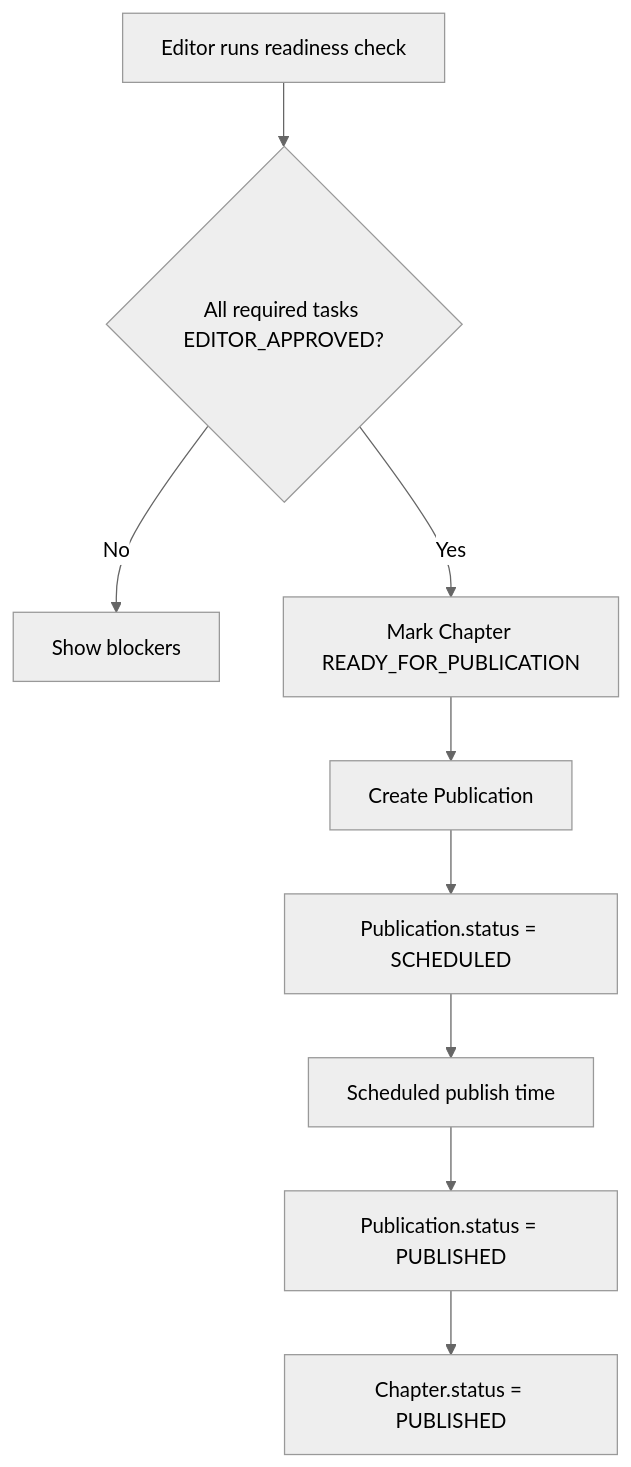
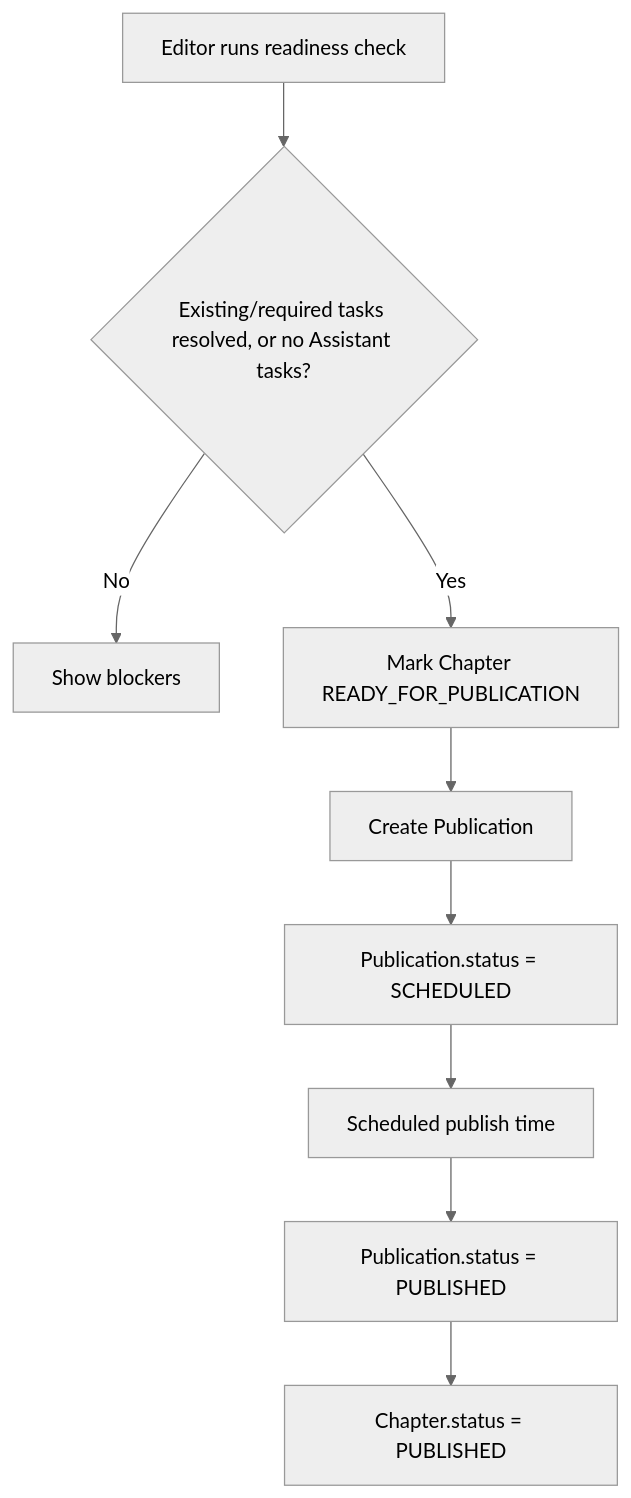
One commit to ntu254/MangaFlow changed the diagram in client/docs/Flow-08.md. Above: the diagram before and after it, drawn with Mermaid (neutral theme). The commit also changed other lines of this file and 53 other files, not shown here.

First line of the commit message:
feat: add chapter review validation schemas and update readiness checks

````diff
--- a/client/docs/Flow-08.md
+++ b/client/docs/Flow-08.md
@@ -211,11 +211,11 @@
 ```mermaid
 flowchart TD
-    A["Editor runs readiness check"] --> B{"All required tasks EDITOR_APPROVED?"}
+    A["Editor runs readiness check"] --> B{"Existing/required tasks resolved, or no Assistant tasks?"}
     B -->|No| C["Show blockers"]
     B -->|Yes| D["Mark Chapter READY_FOR_PUBLICATION"]
     D --> E["Create Publication"]
     E --> F["Publication.status = SCHEDULED"]
     F --> G["Scheduled publish time"]
     G --> H["Publication.status = PUBLISHED"]
     H --> I["Chapter.status = PUBLISHED"]
 ```
````
